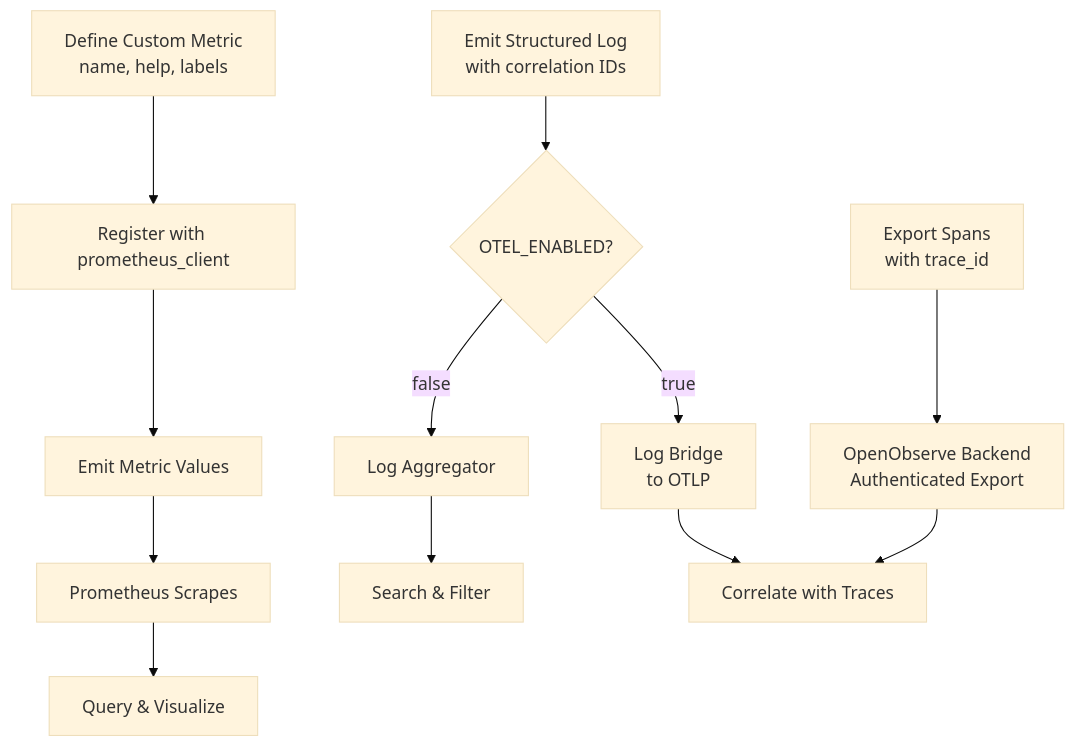
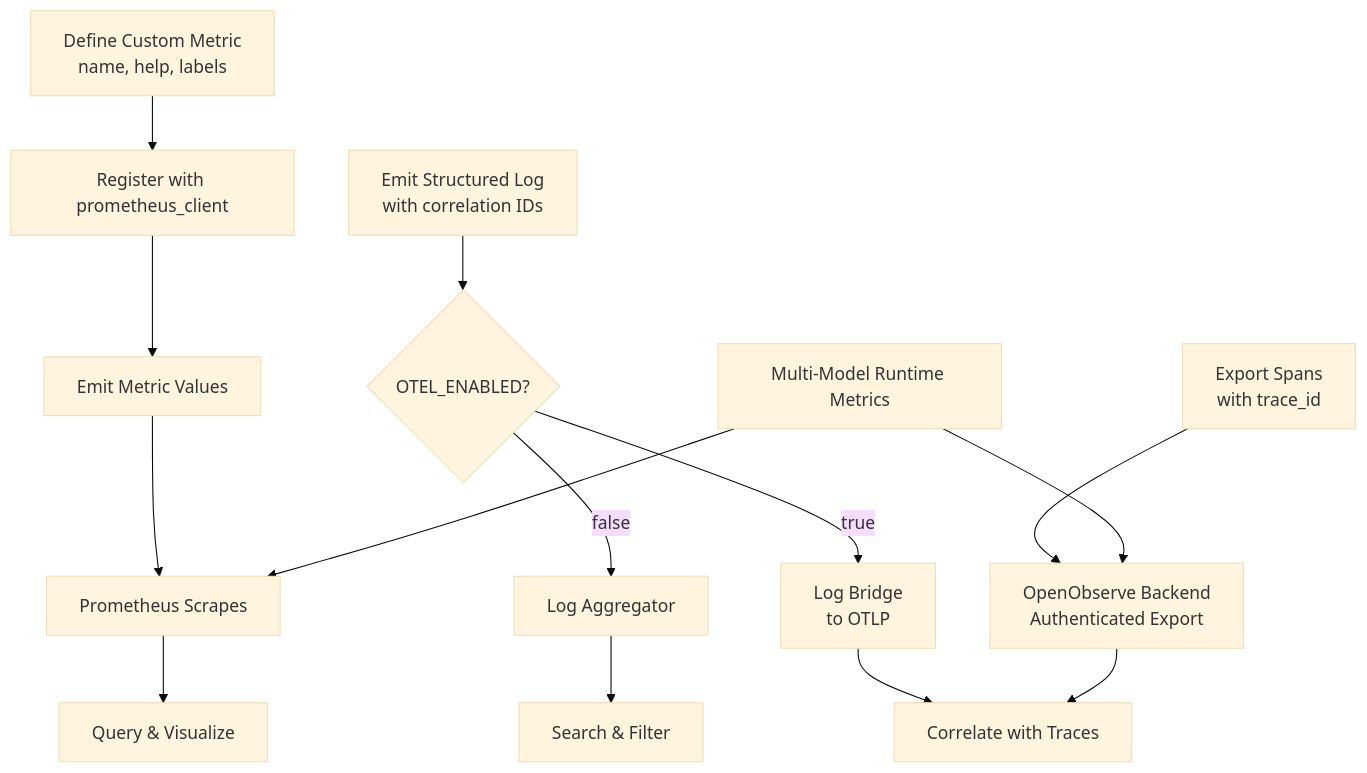
One commit to metasync/luban-aiops changed diagram 11 of 12 in .qoder/repowiki/en/content/Monitoring and Observability/Monitoring and Observability.md. Above: the diagram before and after it, drawn with Mermaid (base theme). The commit also changed other lines of this file and 7 other files, not shown here.

````diff
--- a/.qoder/repowiki/en/content/Monitoring and Observability/Monitoring and Observability.md
+++ b/.qoder/repowiki/en/content/Monitoring and Observability/Monitoring and Observability.md
@@ -494,14 +588,16 @@
 ```mermaid
 flowchart TD
 DefineMetric["Define Custom Metric<br/>name, help, labels"] --> Register["Register with prometheus_client"]
 Register --> Emit["Emit Metric Values"]
 Emit --> Scrape["Prometheus Scrapes"]
 Scrape --> Query["Query & Visualize"]
 EmitLog["Emit Structured Log<br/>with correlation IDs"] --> CheckOTEL{"OTEL_ENABLED?"}
 CheckOTEL --> |false| Aggregate["Log Aggregator"]
 CheckOTEL --> |true| Bridge["Log Bridge<br/>to OTLP"]
 Bridge --> Correlate["Correlate with Traces"]
 Aggregate --> Search["Search & Filter"]
 ExportTrace["Export Spans<br/>with trace_id"] --> OpenObserve["OpenObserve Backend<br/>Authenticated Export"]
 OpenObserve --> Correlate
+NewMetrics["Multi-Model Runtime Metrics"] --> Scrape
+NewMetrics --> OpenObserve
 ```
````
